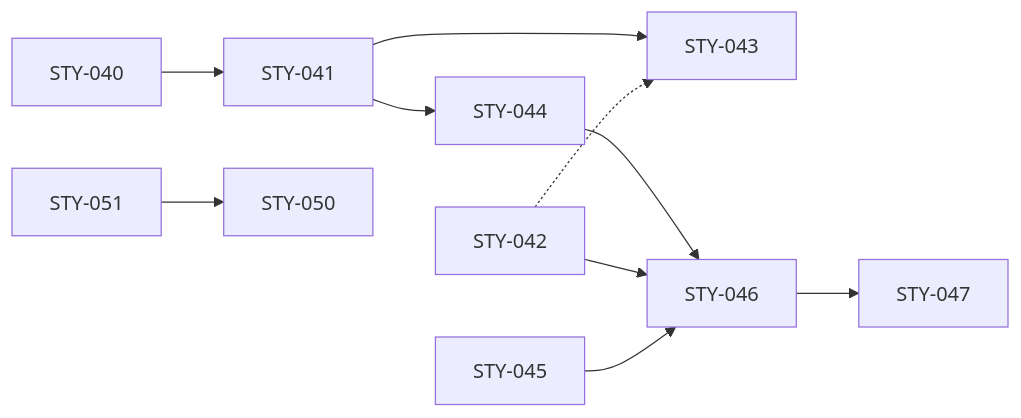
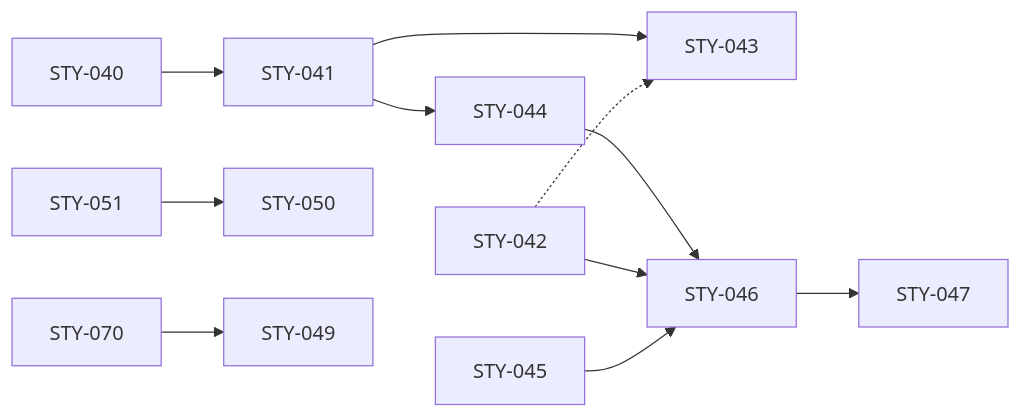
One commit to DHCW-Digital-Health-and-Care-Wales/roadmaps changed the diagram in docs/backlog/EPC-011-adding-roadmaps-and-items/README.md. Above: the diagram before and after it, drawn with Mermaid. The commit also changed other lines of this file and 5 other files, not shown here.

````diff
--- a/docs/backlog/EPC-011-adding-roadmaps-and-items/README.md
+++ b/docs/backlog/EPC-011-adding-roadmaps-and-items/README.md
@@ -219,9 +222,10 @@
 ```mermaid
 flowchart LR
   STY-040 --> STY-041 --> STY-043
   STY-041 --> STY-044 --> STY-046
   STY-042 --> STY-046
   STY-042 -.-> STY-043
   STY-045 --> STY-046 --> STY-047
   STY-051 --> STY-050
+  STY-070 --> STY-049
 ```
````
